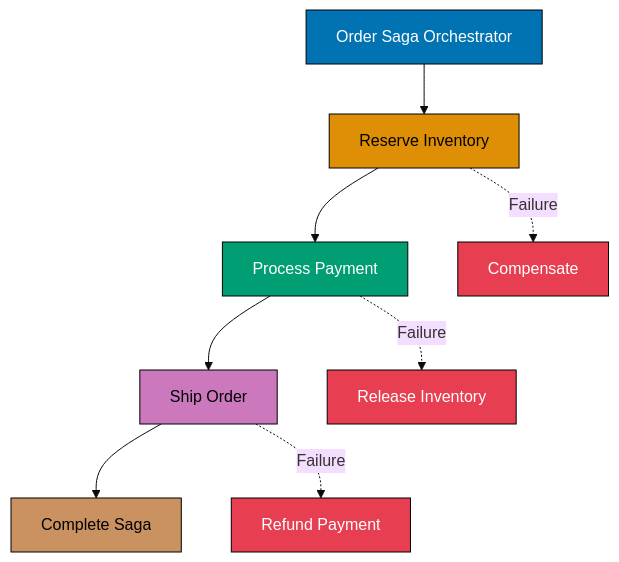
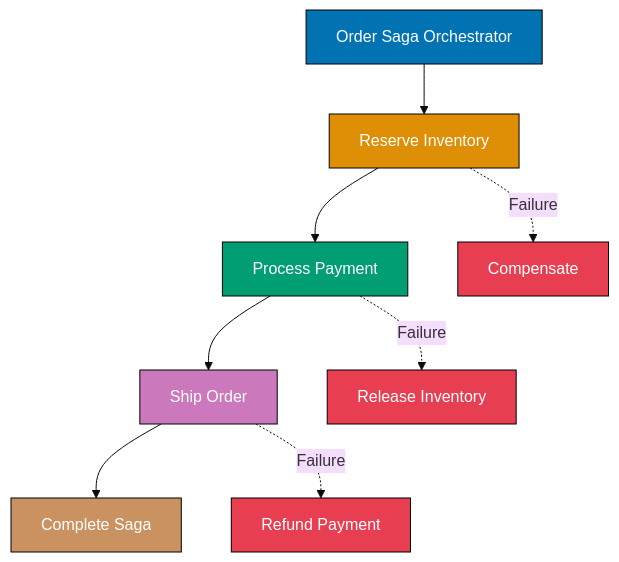
Before and after one commit to wahidyankf/open-sharia-enterprise: the third of 3 diagrams in apps/ayokoding-web/content/en/learn/software-engineering/architecture/domain-driven-design-ddd/by-example/advanced.md, drawn with Mermaid (base theme). The commit also changed other lines of this file and 61 other files, not shown here.

First line of the commit message:
fix(ayokoding-web): quote Mermaid node labels with special characters in Example 63

````diff
--- a/apps/ayokoding-web/content/en/learn/software-engineering/architecture/domain-driven-design-ddd/by-example/advanced.md
+++ b/apps/ayokoding-web/content/en/learn/software-engineering/architecture/domain-driven-design-ddd/by-example/advanced.md
@@ -2739,20 +2739,20 @@
 ```mermaid
 graph TD
     A[Order Saga Orchestrator] --> B[Reserve Inventory]
     B --> C[Process Payment]
     C --> D[Ship Order]
     D --> E[Complete Saga]
 
     B -.->|Failure| F[Compensate]
     C -.->|Failure| G[Release Inventory]
     D -.->|Failure| H[Refund Payment]
 
     style A fill:#0173B2,stroke:#000,color:#fff
-    style B fill:#DE8F05,stroke:#000,color:#000
+    style B fill:#DE8F05,stroke:#000,color:#fff
     style C fill:#029E73,stroke:#000,color:#fff
-    style D fill:#CC78BC,stroke:#000,color:#000
-    style E fill:#CA9161,stroke:#000,color:#000
+    style D fill:#CC78BC,stroke:#000,color:#fff
+    style E fill:#CA9161,stroke:#000,color:#fff
     style F fill:#E73F51,stroke:#000,color:#fff
     style G fill:#E73F51,stroke:#000,color:#fff
     style H fill:#E73F51,stroke:#000,color:#fff
 ```
````
